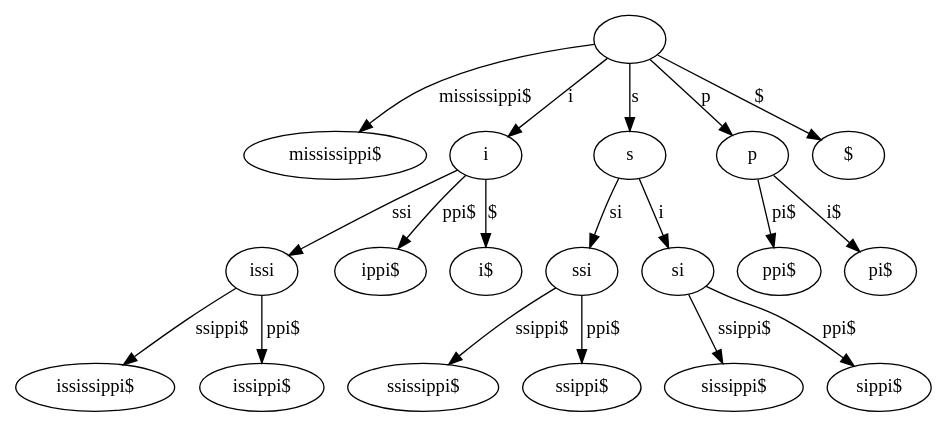
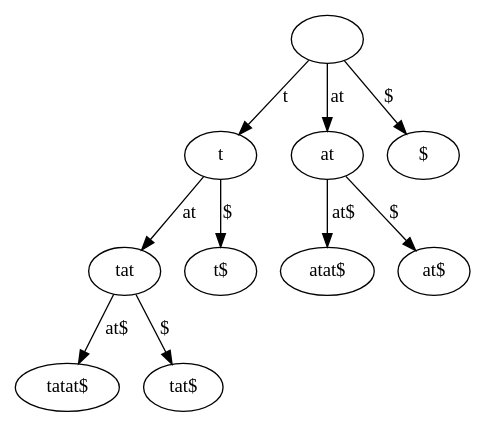
The diagram in project_7_suffix_trees/test-output/suffix tree.gv (cmkobel/AiB), drawn with Graphviz before and after one commit. The commit also changed 4 other files, not shown here.

```diff
--- a/project_7_suffix_trees/test-output/suffix tree.gv
+++ b/project_7_suffix_trees/test-output/suffix tree.gv
@@ -1,40 +1,22 @@
 // Suffix tree
 digraph {
 	"|" [label=""]
-	"mississippi$|mississippi$" [label="mississippi$"]
-	"|" -> "mississippi$|mississippi$" [label="mississippi$"]
-	"i|i" [label=i]
-	"ssi|issi" [label=issi]
-	"ssippi$|ississippi$" [label="ississippi$"]
-	"ssi|issi" -> "ssippi$|ississippi$" [label="ssippi$"]
-	"ppi$|issippi$" [label="issippi$"]
-	"ssi|issi" -> "ppi$|issippi$" [label="ppi$"]
-	"i|i" -> "ssi|issi" [label=ssi]
-	"ppi$|ippi$" [label="ippi$"]
-	"i|i" -> "ppi$|ippi$" [label="ppi$"]
-	"$|i$" [label="i$"]
-	"i|i" -> "$|i$" [label="$"]
-	"|" -> "i|i" [label=i]
-	"s|s" [label=s]
-	"si|ssi" [label=ssi]
-	"ssippi$|ssissippi$" [label="ssissippi$"]
-	"si|ssi" -> "ssippi$|ssissippi$" [label="ssippi$"]
-	"ppi$|ssippi$" [label="ssippi$"]
-	"si|ssi" -> "ppi$|ssippi$" [label="ppi$"]
-	"s|s" -> "si|ssi" [label=si]
-	"i|si" [label=si]
-	"ssippi$|sissippi$" [label="sissippi$"]
-	"i|si" -> "ssippi$|sissippi$" [label="ssippi$"]
-	"ppi$|sippi$" [label="sippi$"]
-	"i|si" -> "ppi$|sippi$" [label="ppi$"]
-	"s|s" -> "i|si" [label=i]
-	"|" -> "s|s" [label=s]
-	"p|p" [label=p]
-	"pi$|ppi$" [label="ppi$"]
-	"p|p" -> "pi$|ppi$" [label="pi$"]
-	"i$|pi$" [label="pi$"]
-	"p|p" -> "i$|pi$" [label="i$"]
-	"|" -> "p|p" [label=p]
+	"t|t" [label=t]
+	"at|tat" [label=tat]
+	"at$|tatat$" [label="tatat$"]
+	"at|tat" -> "at$|tatat$" [label="at$"]
+	"$|tat$" [label="tat$"]
+	"at|tat" -> "$|tat$" [label="$"]
+	"t|t" -> "at|tat" [label=at]
+	"$|t$" [label="t$"]
+	"t|t" -> "$|t$" [label="$"]
+	"|" -> "t|t" [label=t]
+	"at|at" [label=at]
+	"at$|atat$" [label="atat$"]
+	"at|at" -> "at$|atat$" [label="at$"]
+	"$|at$" [label="at$"]
+	"at|at" -> "$|at$" [label="$"]
+	"|" -> "at|at" [label=at]
 	"$|$" [label="$"]
 	"|" -> "$|$" [label="$"]
 }
```
